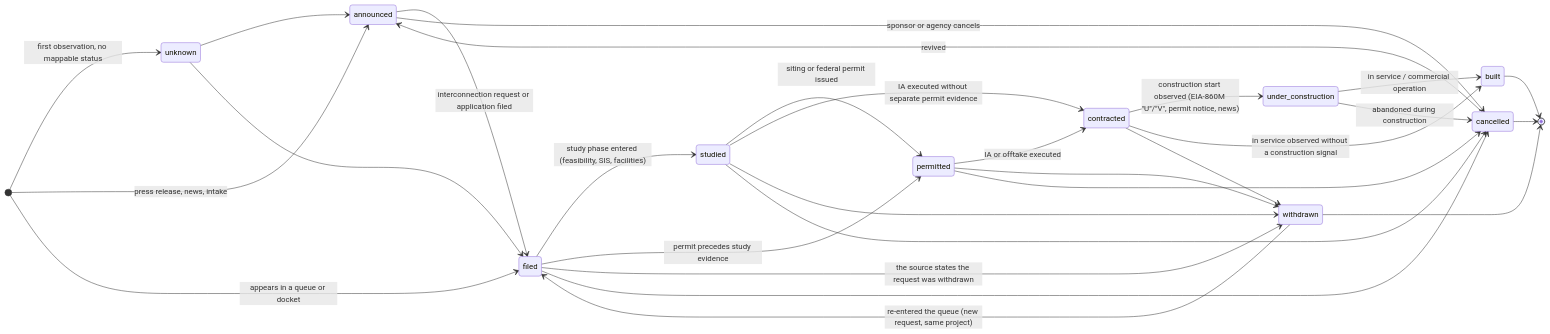
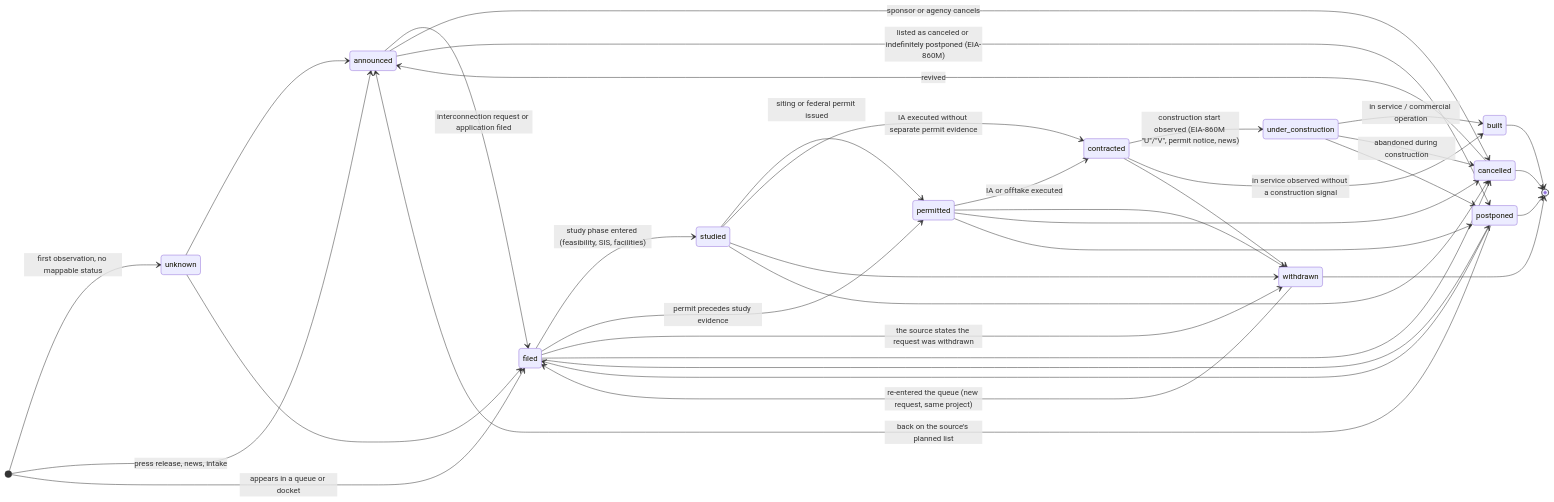
The second of 3 diagrams in docs/21-data-model.md (Tobombadil/Bankable), drawn with Mermaid before and after one commit. The commit also changed other lines of this file and 69 other files, not shown here.

First line of the commit message:
V2 landing (Night survey), postponed state, resolver location veto, EIA stage tallies

````diff
--- a/docs/21-data-model.md
+++ b/docs/21-data-model.md
@@ -1589,32 +1597,39 @@
 ```mermaid
 stateDiagram-v2
   direction LR
   [*] --> unknown: first observation, no mappable status
   [*] --> announced: press release, news, intake
   [*] --> filed: appears in a queue or docket
   unknown --> announced
   unknown --> filed
   announced --> filed: interconnection request or application filed
   filed --> studied: study phase entered (feasibility, SIS, facilities)
   studied --> permitted: siting or federal permit issued
   filed --> permitted: permit precedes study evidence
   permitted --> contracted: IA or offtake executed
   studied --> contracted: IA executed without separate permit evidence
   contracted --> under_construction: construction start observed (EIA-860M "U"/"V", permit notice, news)
   under_construction --> built: in service / commercial operation
   contracted --> built: in service observed without a construction signal
   under_construction --> cancelled: abandoned during construction
   filed --> withdrawn: the source states the request was withdrawn
   studied --> withdrawn
   permitted --> withdrawn
   contracted --> withdrawn
   announced --> cancelled: sponsor or agency cancels
   filed --> cancelled
   studied --> cancelled
   permitted --> cancelled
   withdrawn --> filed: re-entered the queue (new request, same project)
   cancelled --> announced: revived
+  announced --> postponed: listed as canceled or indefinitely postponed (EIA-860M)
+  filed --> postponed
+  permitted --> postponed
+  under_construction --> postponed
+  postponed --> announced: back on the source's planned list
+  postponed --> filed
   built --> [*]
   withdrawn --> [*]
   cancelled --> [*]
+  postponed --> [*]
 ```
````
